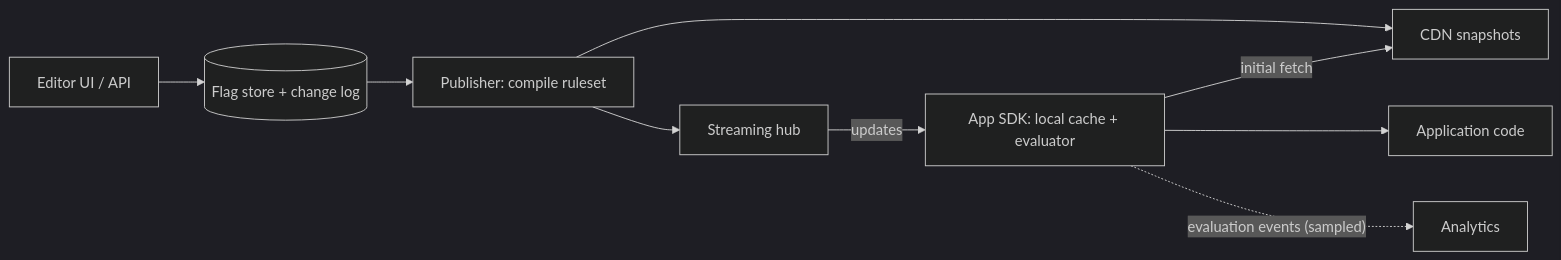
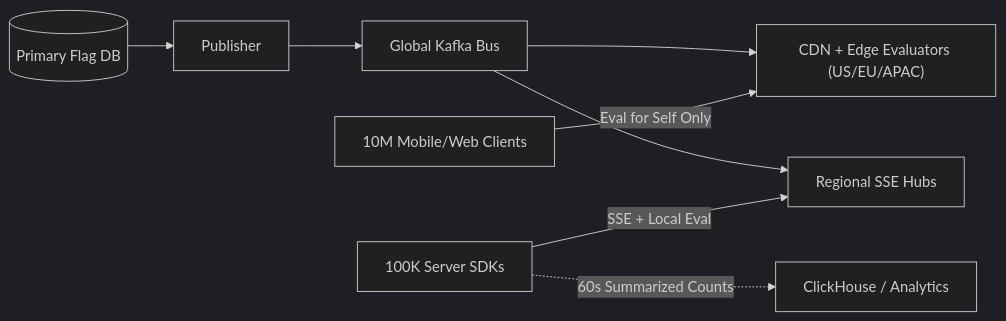
One commit to TapanKumarBarik/Backend-roadmap changed the third of 5 diagrams in content/system-design/22-interview-design-problems/29-feature-flag-service/README.md. Above: the diagram before and after it, drawn with Mermaid (dark theme). The commit also changed other lines of this file and 37 other files, not shown here.

Commit message:
Upgrade Track 22 (37 interview design problems) with scale-by-scale architecture evolution

````diff
--- a/content/system-design/22-interview-design-problems/29-feature-flag-service/README.md
+++ b/content/system-design/22-interview-design-problems/29-feature-flag-service/README.md
@@ -107,11 +187,9 @@
 ```mermaid
 flowchart LR
-  ED["Editor UI / API"] --> FS[("Flag store + change log")]
-  FS --> PB["Publisher: compile ruleset"]
-  PB --> CDN["CDN snapshots"]
-  PB --> ST["Streaming hub"]
-  SDK["App SDK: local cache + evaluator"] -- "initial fetch" --> CDN
-  ST -- "updates" --> SDK
-  SDK --> APP["Application code"]
-  SDK -. "evaluation events (sampled)" .-> AN["Analytics"]
+  DB[("Primary Flag DB")] --> PUB["Publisher"] --> K["Global Kafka Bus"]
+  K --> US_CDN["CDN + Edge Evaluators (US/EU/APAC)"]
+  K --> SSE_REG["Regional SSE Hubs"]
+  SRV["100K Server SDKs"] -- "SSE + Local Eval" --> SSE_REG
+  CLI["10M Mobile/Web Clients"] -- "Eval for Self Only" --> US_CDN
+  SRV -. "60s Summarized Counts" .-> AN["ClickHouse / Analytics"]
 ```
````
